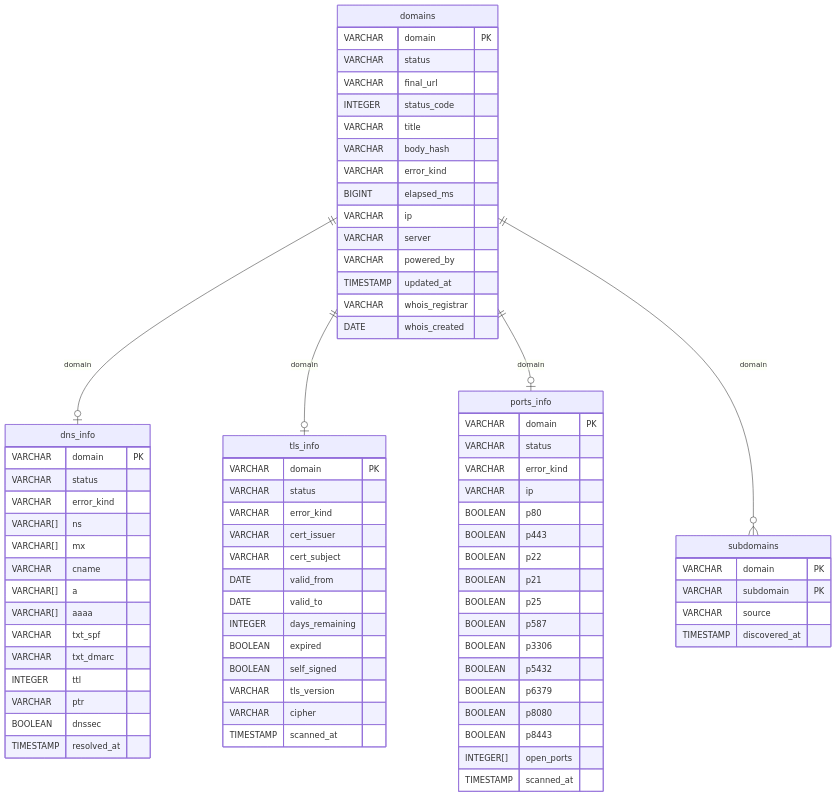
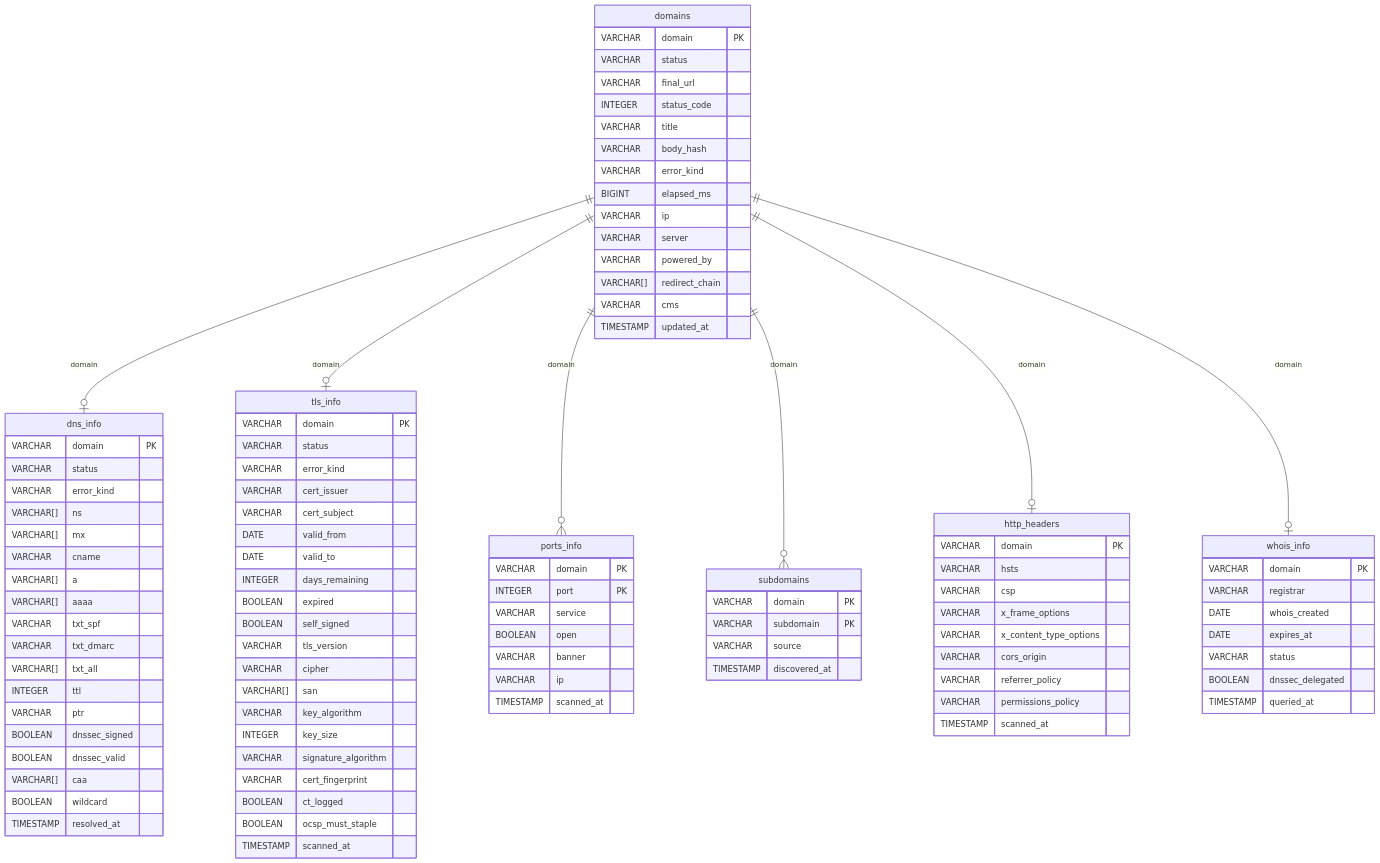
The diagram in SCHEMA.md (rafapolo/helvetiscan), drawn with Mermaid before and after one commit. The commit also changed other lines of this file and 4 other files, not shown here.

First line of the commit message:
feat: expand port scan, TLS/DNS fields, CMS detection, security headers, whois improvements

````diff
--- a/SCHEMA.md
+++ b/SCHEMA.md
@@ -18,9 +18,9 @@
         VARCHAR   ip
         VARCHAR   server
         VARCHAR   powered_by
+        VARCHAR[] redirect_chain
+        VARCHAR   cms
         TIMESTAMP updated_at
-        VARCHAR   whois_registrar
-        DATE      whois_created
     }
     dns_info {
         VARCHAR   domain PK
@@ -33,9 +33,13 @@
         VARCHAR[] aaaa
         VARCHAR   txt_spf
         VARCHAR   txt_dmarc
+        VARCHAR[] txt_all
         INTEGER   ttl
         VARCHAR   ptr
-        BOOLEAN   dnssec
+        BOOLEAN   dnssec_signed
+        BOOLEAN   dnssec_valid
+        VARCHAR[] caa
+        BOOLEAN   wildcard
         TIMESTAMP resolved_at
     }
     tls_info {
@@ -51,25 +55,22 @@
         BOOLEAN   self_signed
         VARCHAR   tls_version
         VARCHAR   cipher
+        VARCHAR[] san
+        VARCHAR   key_algorithm
+        INTEGER   key_size
+        VARCHAR   signature_algorithm
+        VARCHAR   cert_fingerprint
+        BOOLEAN   ct_logged
+        BOOLEAN   ocsp_must_staple
         TIMESTAMP scanned_at
     }
     ports_info {
         VARCHAR   domain PK
-        VARCHAR   status
-        VARCHAR   error_kind
+        INTEGER   port PK
+        VARCHAR   service
+        BOOLEAN   open
+        VARCHAR   banner
         VARCHAR   ip
-        BOOLEAN   p80
-        BOOLEAN   p443
-        BOOLEAN   p22
-        BOOLEAN   p21
-        BOOLEAN   p25
-        BOOLEAN   p587
-        BOOLEAN   p3306
-        BOOLEAN   p5432
-        BOOLEAN   p6379
-        BOOLEAN   p8080
-        BOOLEAN   p8443
-        INTEGER[] open_ports
         TIMESTAMP scanned_at
     }
     subdomains {
@@ -78,9 +79,31 @@
         VARCHAR   source
         TIMESTAMP discovered_at
     }
+    http_headers {
+        VARCHAR   domain PK
+        VARCHAR   hsts
+        VARCHAR   csp
+        VARCHAR   x_frame_options
+        VARCHAR   x_content_type_options
+        VARCHAR   cors_origin
+        VARCHAR   referrer_policy
+        VARCHAR   permissions_policy
+        TIMESTAMP scanned_at
+    }
+    whois_info {
+        VARCHAR   domain PK
+        VARCHAR   registrar
+        DATE      whois_created
+        DATE      expires_at
+        VARCHAR   status
+        BOOLEAN   dnssec_delegated
+        TIMESTAMP queried_at
+    }
 
-    domains ||--o| dns_info   : "domain"
-    domains ||--o| tls_info   : "domain"
-    domains ||--o| ports_info : "domain"
-    domains ||--o{ subdomains : "domain"
+    domains ||--o| dns_info      : "domain"
+    domains ||--o| tls_info      : "domain"
+    domains ||--o{ ports_info    : "domain"
+    domains ||--o{ subdomains    : "domain"
+    domains ||--o| http_headers  : "domain"
+    domains ||--o| whois_info    : "domain"
 ```
````
